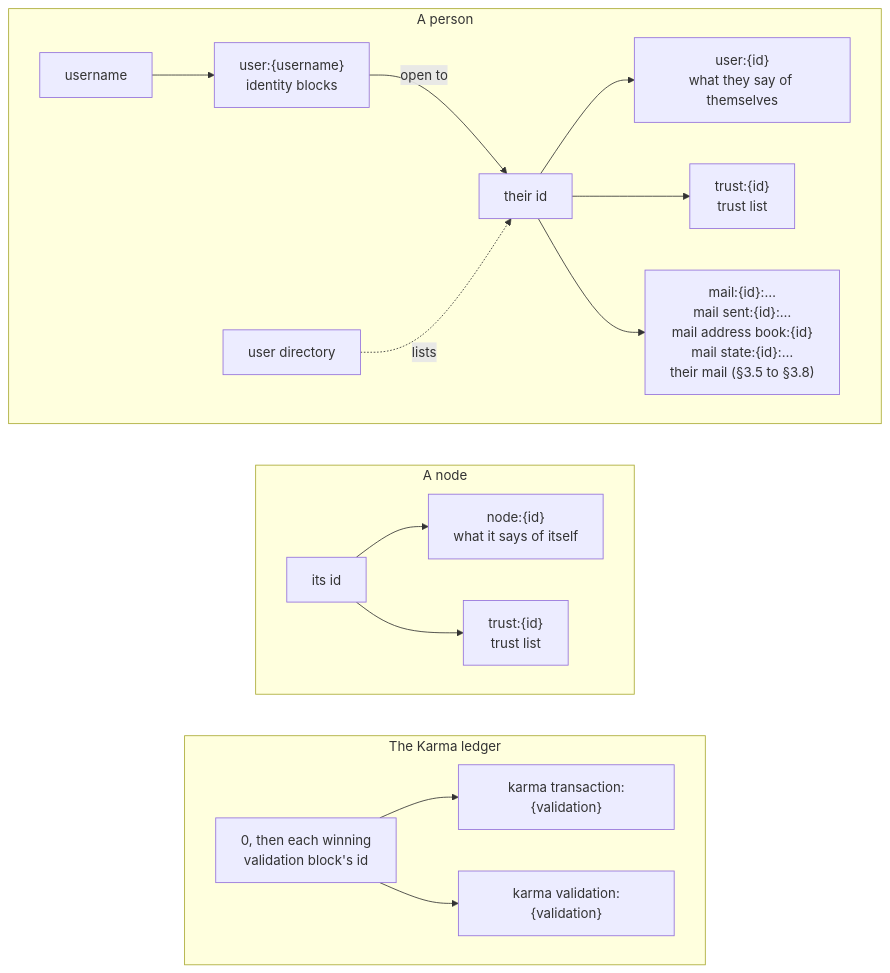
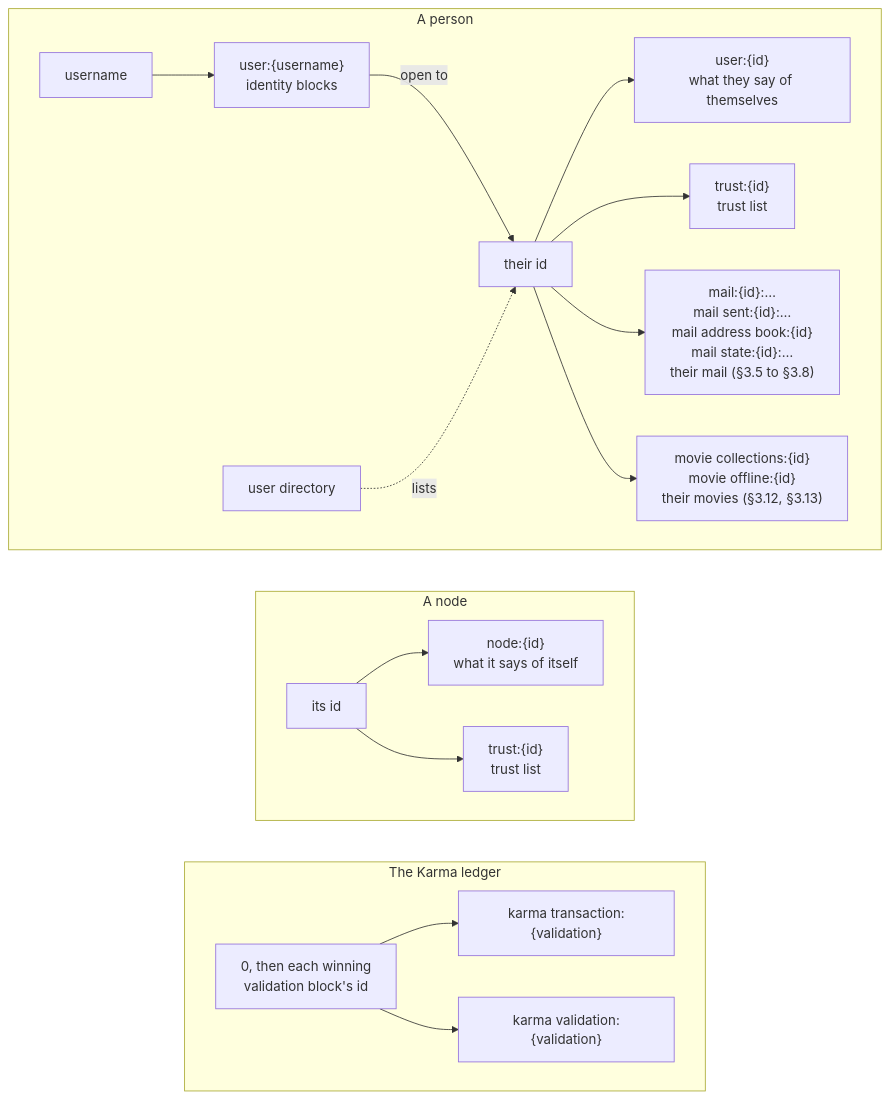
Before and after one commit to marcpage/libranet: the first of 2 diagrams in docs/specs/KnownDrops.md, drawn with Mermaid. The commit also changed other lines of this file and 11 other files, not shown here.

````diff
--- a/docs/specs/KnownDrops.md
+++ b/docs/specs/KnownDrops.md
@@ -34,24 +36,25 @@
 ```mermaid
 flowchart TB
     subgraph person["A person"]
         direction LR
         username["username"] --> blocks["user:{username}<br/>identity blocks"]
         blocks -->|"open to"| pid["their id"]
         directory["user directory"] -.->|lists| pid
         pid --> says["user:{id}<br/>what they say of themselves"]
         pid --> ptrust["trust:{id}<br/>trust list"]
         pid --> mail["mail:{id}:…<br/>mail sent:{id}:…<br/>mail address book:{id}<br/>mail state:{id}:…<br/>their mail (§3.5 to §3.8)"]
+        pid --> movie["movie collections:{id}<br/>movie offline:{id}<br/>their movies (§3.12, §3.13)"]
     end
     subgraph node["A node"]
         direction LR
         nid["its id"] --> nsays["node:{id}<br/>what it says of itself"]
         nid --> ntrust["trust:{id}<br/>trust list"]
     end
     subgraph karma["The Karma ledger"]
         direction LR
         validation["0, then each winning<br/>validation block's id"] --> kt["karma transaction:{validation}"]
         validation --> kv["karma validation:{validation}"]
     end
     person ~~~ node
     node ~~~ karma
 ```
````
